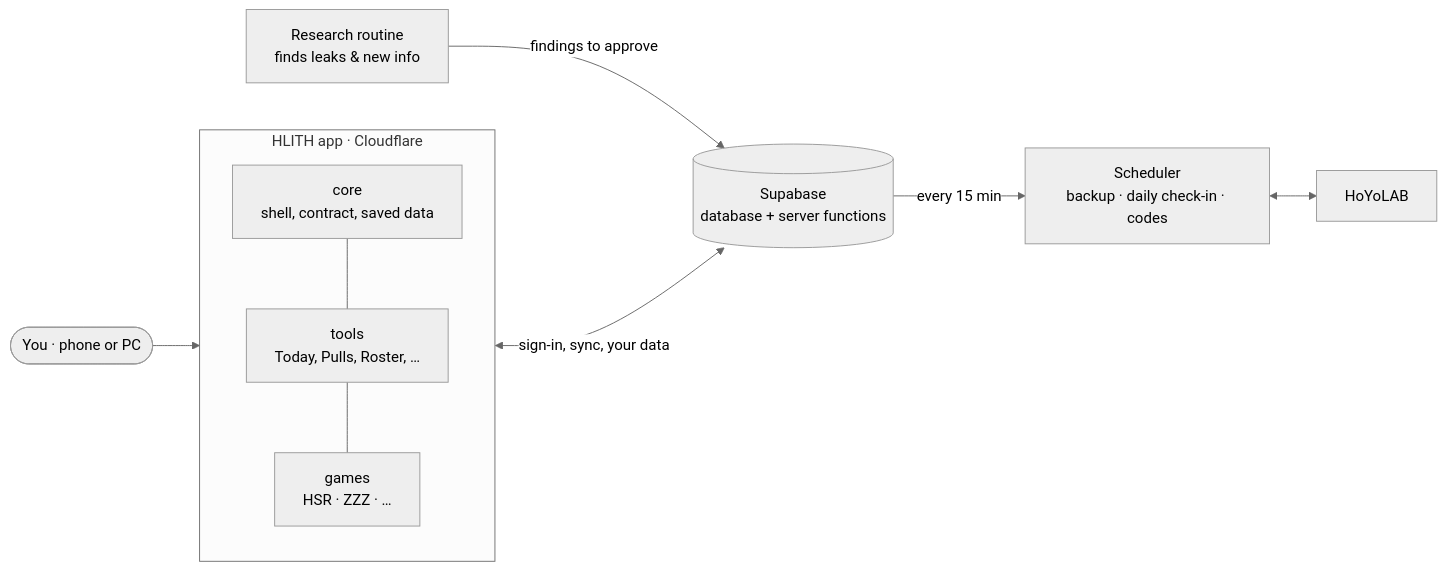
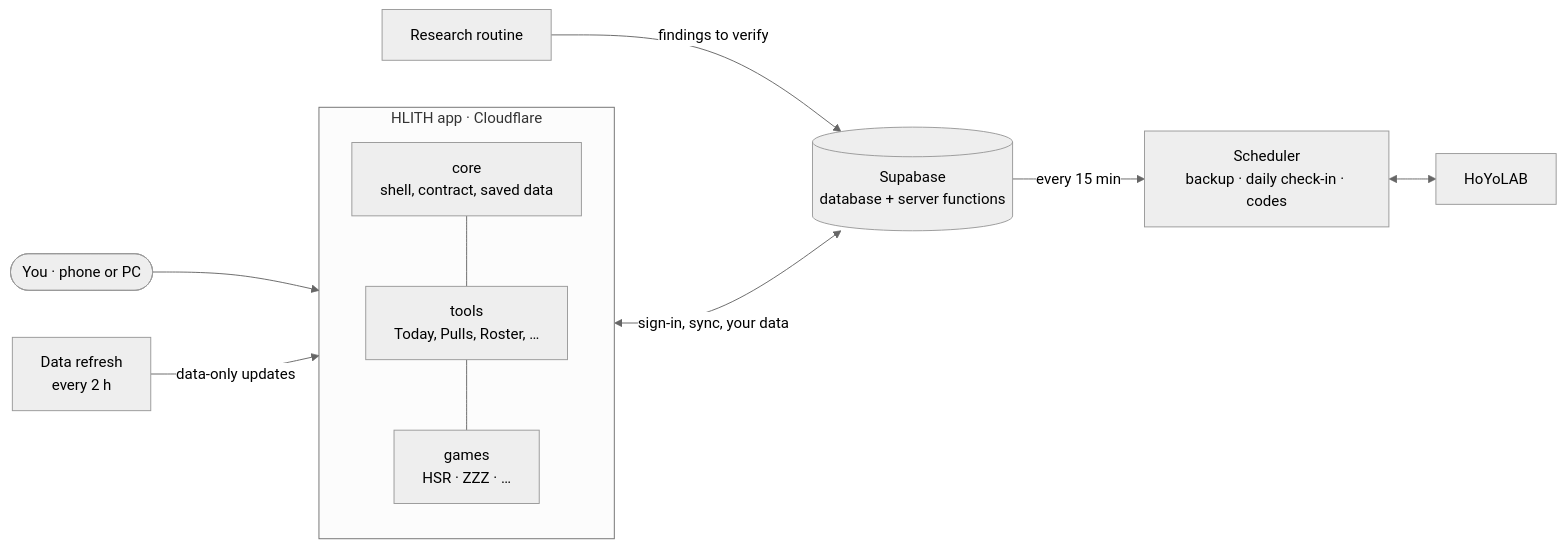
The second of 2 diagrams in README.md (HymnToHimeros/PROJECT-HLITH), drawn with Mermaid (neutral theme) before and after one commit. The commit also changed other lines of this file and 34 other files, not shown here.

````diff
--- a/README.md
+++ b/README.md
@@ -107,12 +267,13 @@
 ```mermaid
 flowchart LR
   you([You · phone or PC]) --> app
   subgraph app[HLITH app · Cloudflare]
     core[core<br>shell, contract, saved data] --- tools[tools<br>Today, Pulls, Roster, …]
     tools --- games[games<br>HSR · ZZZ · …]
   end
   app <-->|sign-in, sync, your data| supa[(Supabase<br>database + server functions)]
   supa -->|every 15 min| sched[Scheduler<br>backup · daily check-in · codes]
   sched <--> hoyo[HoYoLAB]
-  routine[Research routine<br>finds leaks & new info] -->|findings to approve| supa
+  refresh[Data refresh<br>every 2 h] -->|data-only updates| app
+  routine[Research routine] -->|findings to verify| supa
 ```
````
